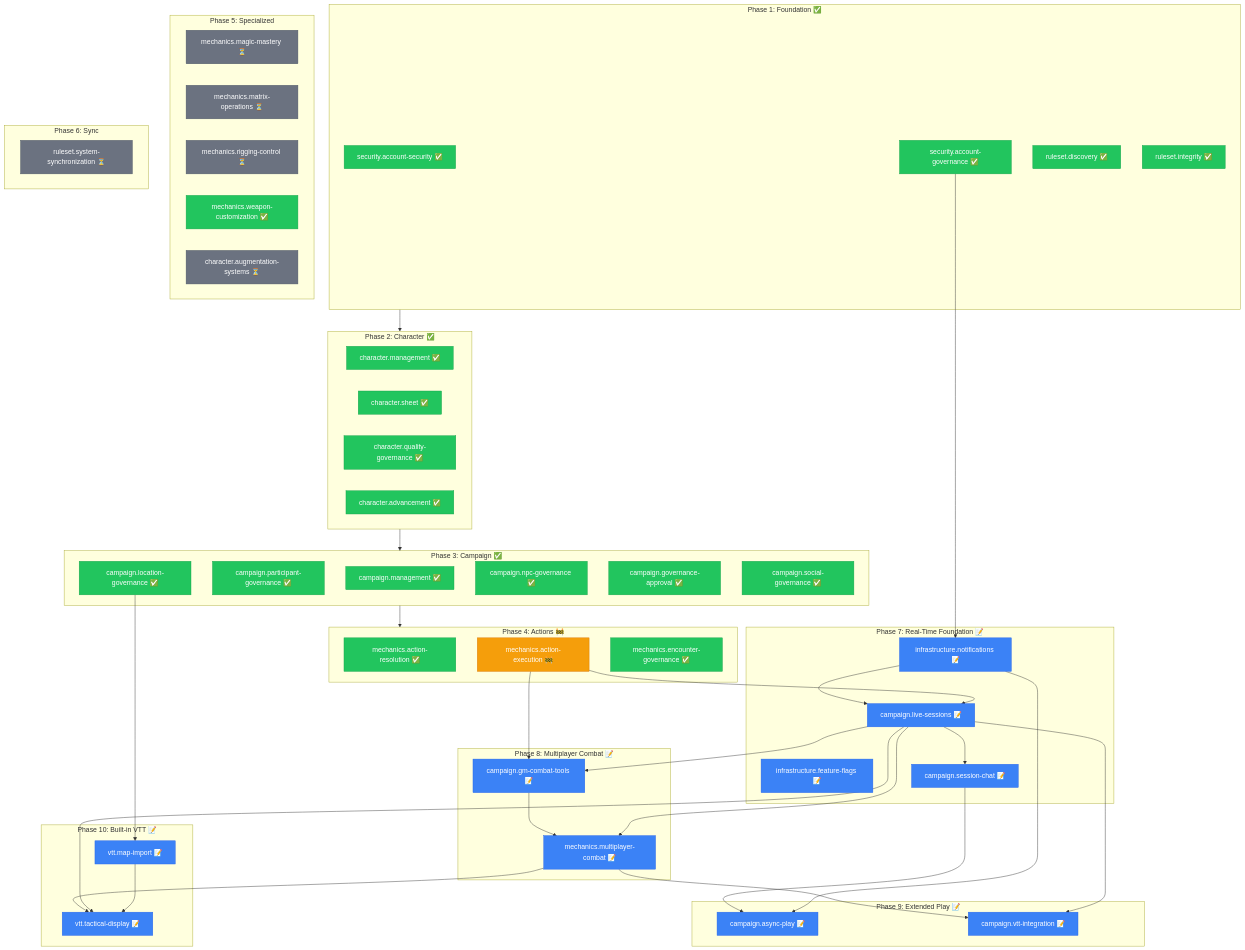
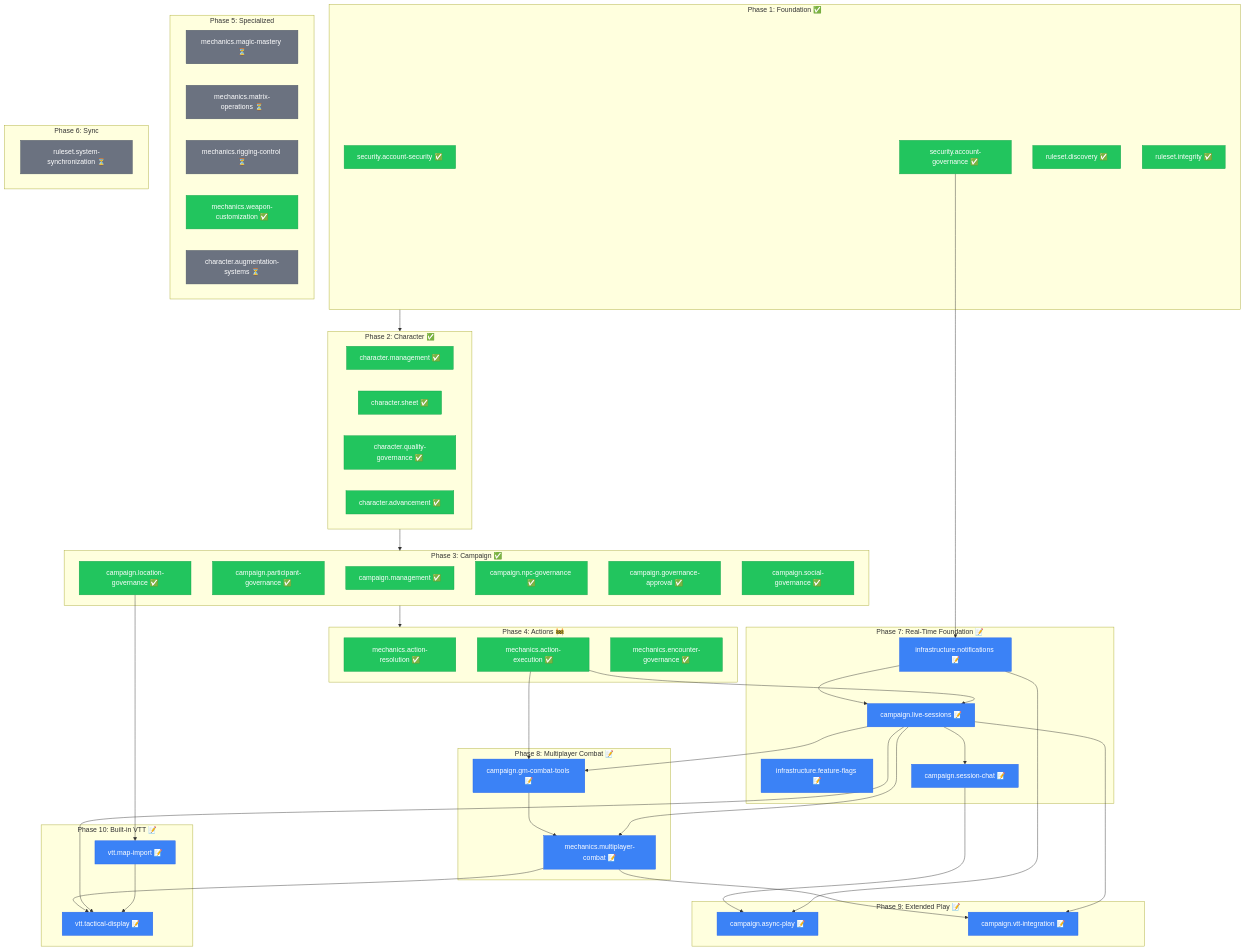
Before and after one commit to Jasrags/ShadowMaster: the diagram in docs/capabilities/README.md, drawn with Mermaid. The commit also changed other lines of this file and 11 other files, not shown here.

````diff
--- a/docs/capabilities/README.md
+++ b/docs/capabilities/README.md
@@ -415,7 +415,7 @@
 
     subgraph Phase4["Phase 4: Actions 🚧"]
         mech_resolution["mechanics.action-resolution ✅"]
-        mech_execution["mechanics.action-execution 🚧"]
+        mech_execution["mechanics.action-execution ✅"]
         mech_encounter["mechanics.encounter-governance ✅"]
     end
 
@@ -492,8 +492,7 @@
     classDef pending fill:#6b7280,stroke:#4b5563,color:#fff
     classDef draft fill:#3b82f6,stroke:#2563eb,color:#fff
 
-    class sec_security,sec_governance,rule_discovery,rule_integrity,char_mgmt,char_sheet,char_quality,char_advance,camp_mgmt,camp_participant,camp_location,camp_npc,camp_approval,camp_social,mech_resolution,mech_encounter,mech_weapon complete
-    class mech_execution inProgress
+    class sec_security,sec_governance,rule_discovery,rule_integrity,char_mgmt,char_sheet,char_quality,char_advance,camp_mgmt,camp_participant,camp_location,camp_npc,camp_approval,camp_social,mech_resolution,mech_encounter,mech_weapon,mech_execution complete
     class mech_magic,mech_matrix,mech_rigging,char_augment,rule_sync pending
     class camp_live,camp_chat,camp_gm,mech_multi,camp_async,camp_vtt,vtt_import,vtt_display,infra_notify,infra_flags draft
 ```
````
